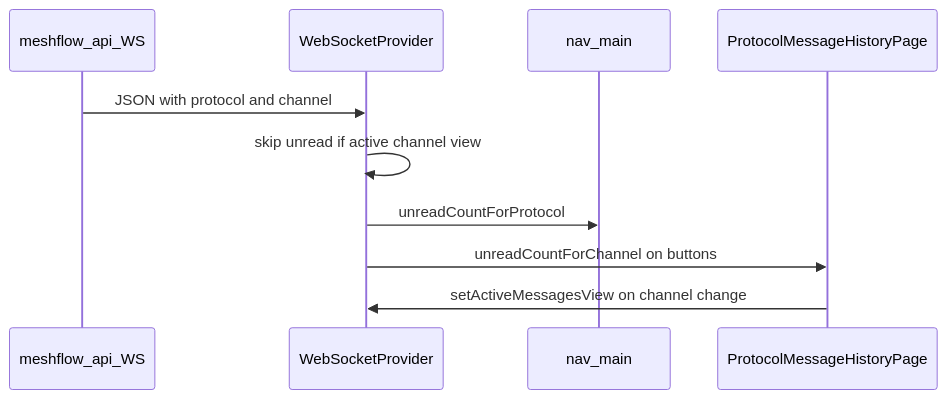
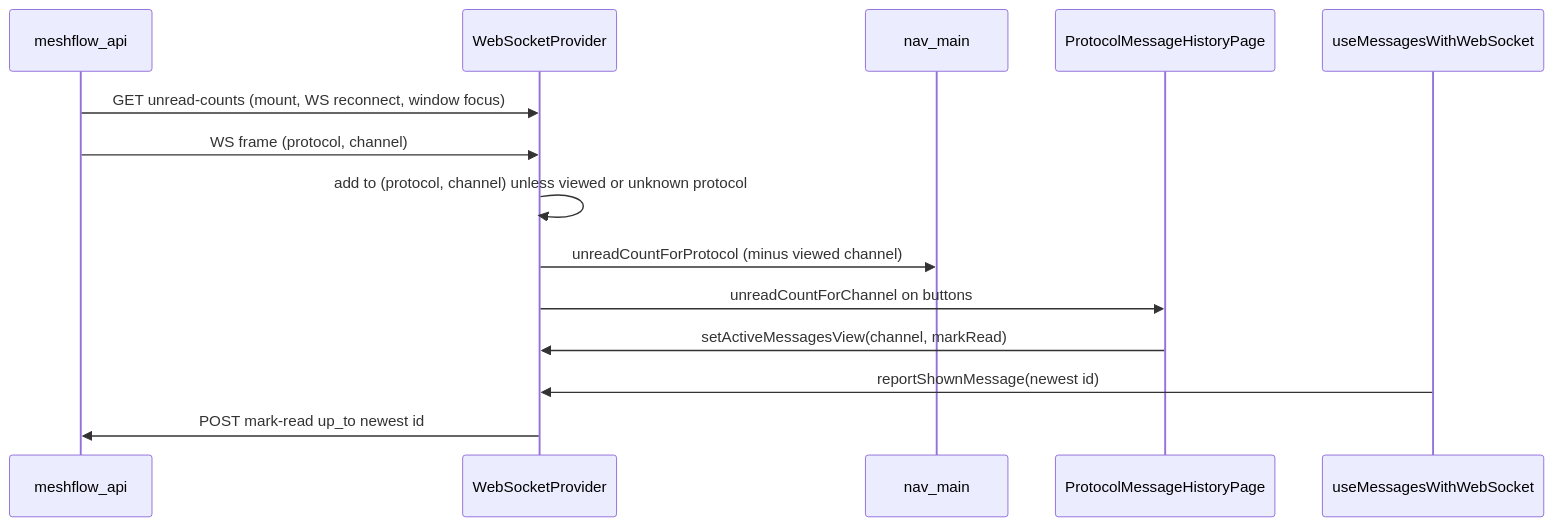
Before and after one commit to pskillen/meshflow-ui: the diagram in docs/features/messages/unread-count.md, drawn with Mermaid. The commit also changed other lines of this file and 5 other files, not shown here.

Commit message:
docs(messages): unread badges backed by server read cursors (#422)

````diff
--- a/docs/features/messages/unread-count.md
+++ b/docs/features/messages/unread-count.md
@@ -45,13 +61,17 @@
 ```mermaid
 sequenceDiagram
-  participant API as meshflow_api_WS
+  participant API as meshflow_api
   participant WSP as WebSocketProvider
   participant Nav as nav_main
   participant Page as ProtocolMessageHistoryPage
+  participant List as useMessagesWithWebSocket
 
-  API->>WSP: JSON with protocol and channel
-  WSP->>WSP: skip unread if active channel view
-  WSP->>Nav: unreadCountForProtocol
+  API->>WSP: GET unread-counts (mount, WS reconnect, window focus)
+  API->>WSP: WS frame (protocol, channel)
+  WSP->>WSP: add to (protocol, channel) unless viewed or unknown protocol
+  WSP->>Nav: unreadCountForProtocol (minus viewed channel)
   WSP->>Page: unreadCountForChannel on buttons
-  Page->>WSP: setActiveMessagesView on channel change
+  Page->>WSP: setActiveMessagesView(channel, markRead)
+  List->>WSP: reportShownMessage(newest id)
+  WSP->>API: POST mark-read up_to newest id
 ```
````
